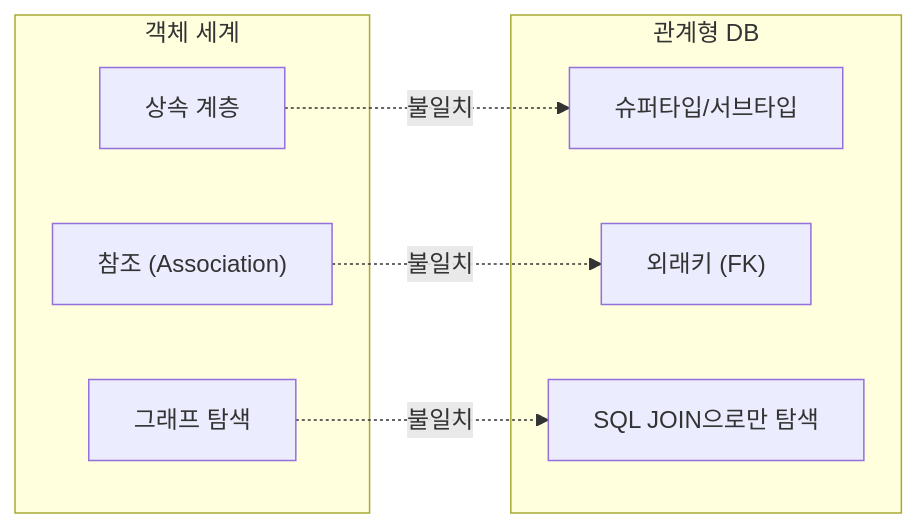
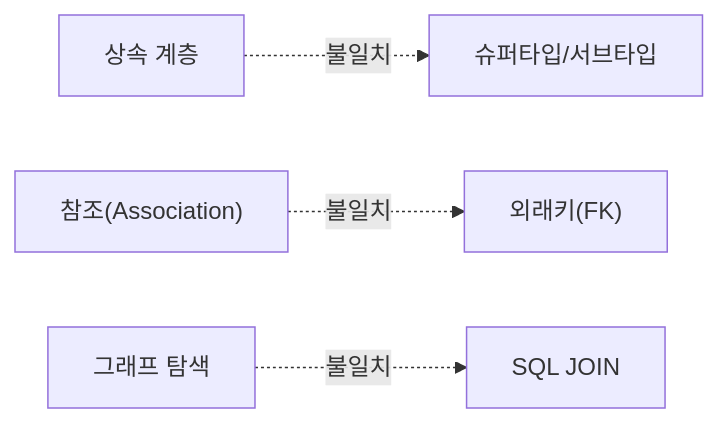
The first of 2 diagrams in _posts/jpa/2021-10-10-Jpa 시작하기.md (yjkim2015/yjkim2015.github.io), drawn with Mermaid before and after one commit. The commit also changed other lines of this file and 215 other files, not shown here.

First line of the commit message:
신규 포스트 10개 추가 + Mermaid 전면 축소 + SystemDesign 시리즈 보강

````diff
--- a/_posts/jpa/2021-10-10-Jpa 시작하기.md
+++ b/_posts/jpa/2021-10-10-Jpa 시작하기.md
@@ -31,16 +31,6 @@
 ```mermaid
 graph LR
-    subgraph OBJ["객체 세계"]
-        O1["상속 계층"]
-        O2["참조 (Association)"]
-        O3["그래프 탐색"]
-    end
-    subgraph DB["관계형 DB"]
-        D1["슈퍼타입/서브타입"]
-        D2["외래키 (FK)"]
-        D3["SQL JOIN으로만 탐색"]
-    end
-    O1 -.->|"불일치"| D1
-    O2 -.->|"불일치"| D2
-    O3 -.->|"불일치"| D3
+    O1["상속 계층"] -.->|"불일치"| D1["슈퍼타입/서브타입"]
+    O2["참조(Association)"] -.->|"불일치"| D2["외래키(FK)"]
+    O3["그래프 탐색"] -.->|"불일치"| D3["SQL JOIN"]
 ```
````
